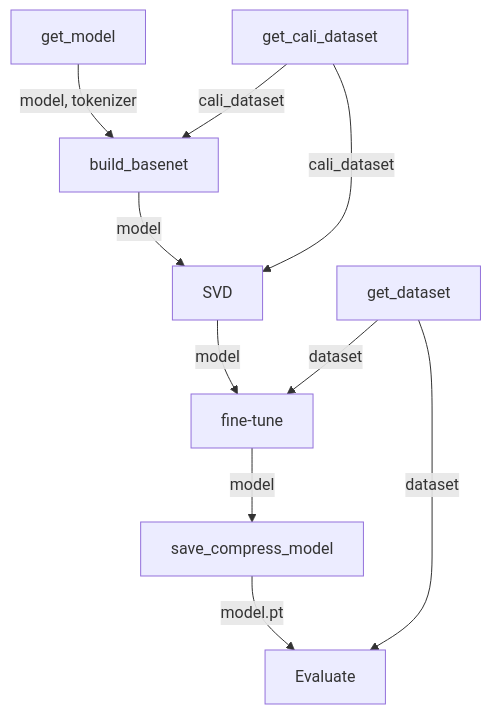
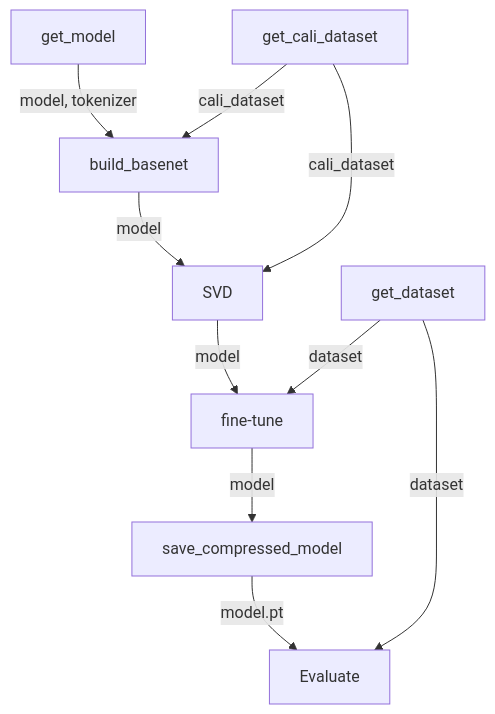
One commit to sonder0127/svd-moe changed the diagram in README.md. Above: the diagram before and after it, drawn with Mermaid.

Commit message:
code structure

````diff
--- a/README.md
+++ b/README.md
@@ -5,23 +5,23 @@
 ```mermaid
 flowchart TB
 
     A[get_model] -->|model, tokenizer| E[build_basenet]
 
     C[get_cali_dataset] -->|cali_dataset| E
 
     C[get_cali_dataset] -->|cali_dataset| G[SVD]
 
     E -->|model| G[SVD]
 
     Q[get_dataset] -->|dataset| I
 
     Q[get_dataset] -->|dataset| M
 
     G -->|model| I[fine-tune]
 
 
-    I -->|model| K[save_compress_model]
+    I -->|model| K[save_compressed_model]
 
     K -->|model.pt| M[Evaluate]
 
 ```
````
